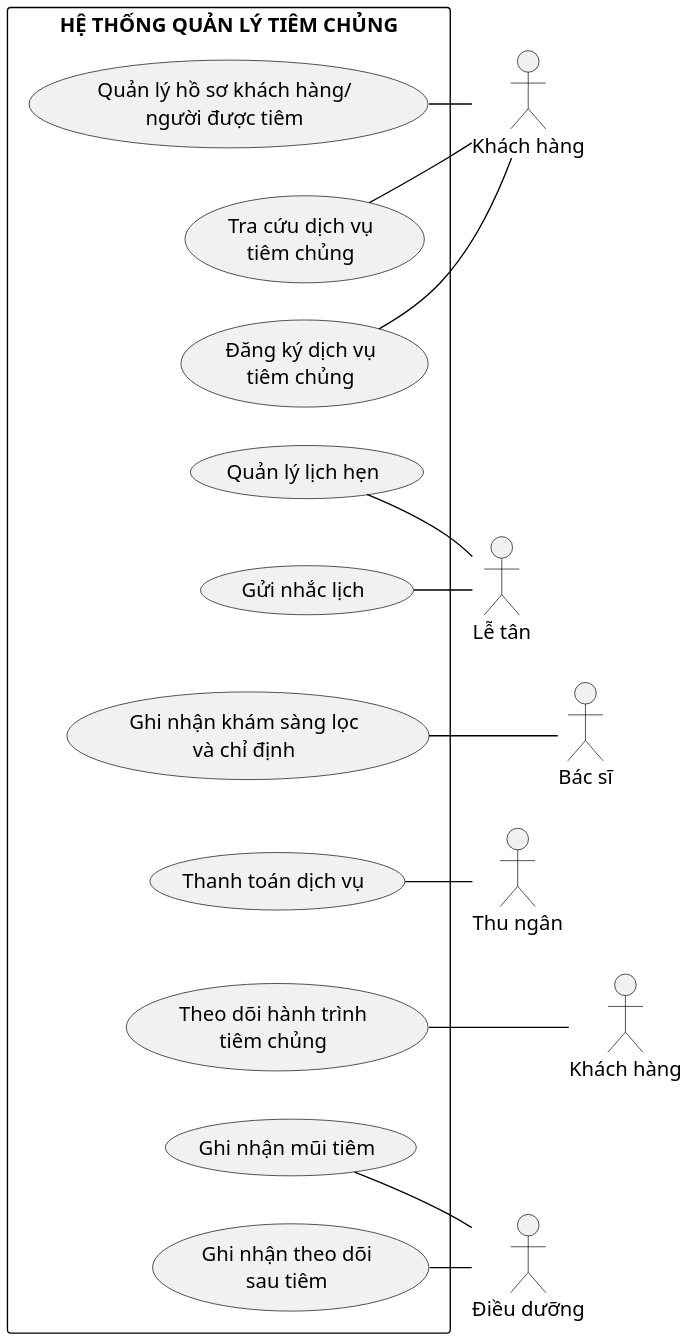
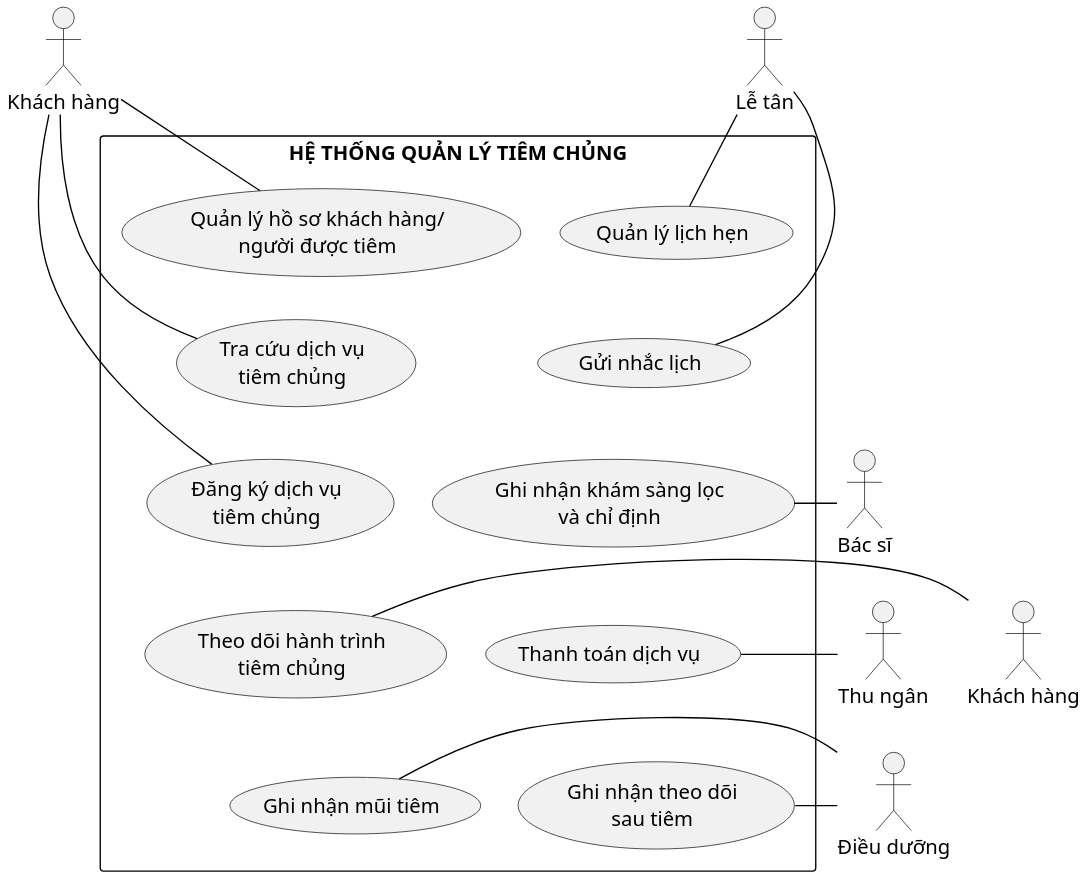
One commit to datngo1203/KLCN-QuanLyTiemChung changed the diagram in docs/thesis/uml/Hinh_2_9_System_Use_Case_Tong_Quan.puml. Above: the diagram before and after it, drawn with PlantUML.

Commit message:
docs(thesis): balance Hinh 2.9 summary layout

```diff
--- a/docs/thesis/uml/Hinh_2_9_System_Use_Case_Tong_Quan.puml
+++ b/docs/thesis/uml/Hinh_2_9_System_Use_Case_Tong_Quan.puml
@@ -1,72 +1,75 @@
 @startuml
 ' THESIS-R1 — Hình 2.9 System Use Case summary
 ' Semantic source: SCOPE.md System Use Case semantic lock v3 + presentation lock v1
 ' Summary shows primary/representative actor associations only.
 ' "Khách hàng" is repeated as the same semantic actor to reduce connector crossing.
 skinparam monochrome true
 skinparam shadowing false
 skinparam backgroundColor white
 skinparam defaultFontName "Times New Roman"
 skinparam defaultFontSize 15
 skinparam ArrowColor black
 skinparam ActorBorderColor black
 skinparam UsecaseBorderColor black
 skinparam RectangleBorderColor black
-skinparam nodesep 26
-skinparam ranksep 28
+skinparam nodesep 28
+skinparam ranksep 32
 skinparam dpi 180
 
 top to bottom direction
 
 actor "Khách hàng" as CustomerTop
-actor "Bác sĩ" as Doctor
-actor "Khách hàng" as CustomerBottom
+actor "Lễ tân" as Reception
 
 rectangle "HỆ THỐNG QUẢN LÝ TIÊM CHỦNG" as SystemBoundary {
   usecase "Quản lý hồ sơ khách hàng/\nngười được tiêm" as UC09
+  usecase "Quản lý lịch hẹn" as UC12
+
   usecase "Tra cứu dịch vụ\ntiêm chủng" as UC10
+  usecase "Gửi nhắc lịch" as UC13
+
   usecase "Đăng ký dịch vụ\ntiêm chủng" as UC11
-  usecase "Quản lý lịch hẹn" as UC12
-  usecase "Gửi nhắc lịch" as UC13
   usecase "Ghi nhận khám sàng lọc\nvà chỉ định" as UC15
+
+  usecase "Theo dõi hành trình\ntiêm chủng" as UC19
   usecase "Thanh toán dịch vụ" as UC16
-  usecase "Theo dõi hành trình\ntiêm chủng" as UC19
+
   usecase "Ghi nhận mũi tiêm" as UC17
   usecase "Ghi nhận theo dõi\nsau tiêm" as UC18
 
   UC09 -[hidden]down- UC10
   UC10 -[hidden]down- UC11
-  UC11 -[hidden]down- UC12
+  UC11 -[hidden]down- UC19
+
   UC12 -[hidden]down- UC13
   UC13 -[hidden]down- UC15
   UC15 -[hidden]down- UC16
-  UC16 -[hidden]down- UC19
-  UC19 -[hidden]down- UC17
-  UC17 -[hidden]down- UC18
+  UC16 -[hidden]down- UC17
+  UC17 -[hidden]right- UC18
+
+  UC09 -[hidden]right- UC12
+  UC10 -[hidden]right- UC13
+  UC11 -[hidden]right- UC15
+  UC19 -[hidden]right- UC16
 }
 
-actor "Lễ tân" as Reception
+actor "Bác sĩ" as Doctor
 actor "Thu ngân" as Cashier
+actor "Khách hàng" as CustomerJourney
 actor "Điều dưỡng" as Nurse
 
-' Keep actor columns vertically ordered; hidden links have no semantic meaning.
-CustomerTop -[hidden]down- Doctor
-Doctor -[hidden]down- CustomerBottom
-Reception -[hidden]down- Cashier
-Cashier -[hidden]down- Nurse
+' Primary/representative actor associations only.
+CustomerTop -down- UC09
+CustomerTop -- UC10
+CustomerTop -- UC11
 
-' Summary: primary/representative actor associations only.
-CustomerTop -right- UC09
-CustomerTop -right- UC10
-CustomerTop -right- UC11
+Reception -down- UC12
+Reception -- UC13
 
-Reception -left- UC12
-Reception -left- UC13
-
-Doctor -right- UC15
-Cashier -left- UC16
-CustomerBottom -right- UC19
-Nurse -left- UC17
-Nurse -left- UC18
+UC15 -right- Doctor
+UC16 -right- Cashier
+CustomerJourney -right- UC19
+UC17 -right- Nurse
+UC18 -right- Nurse
 
 @enduml
```
